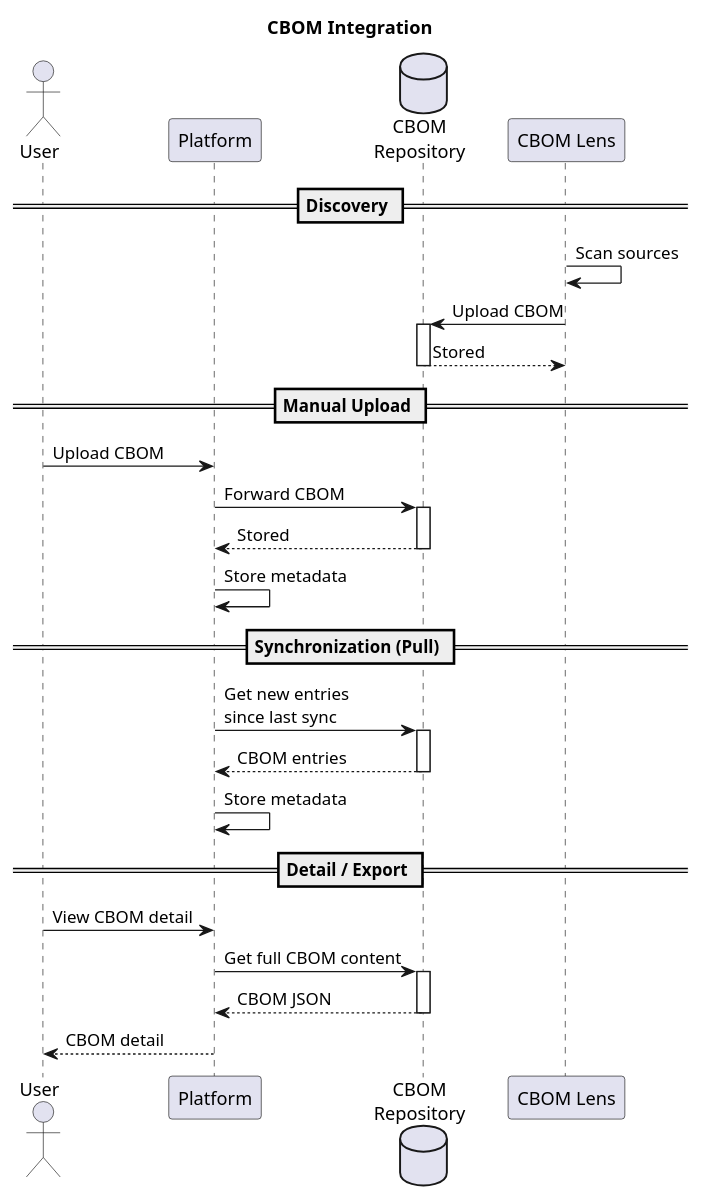
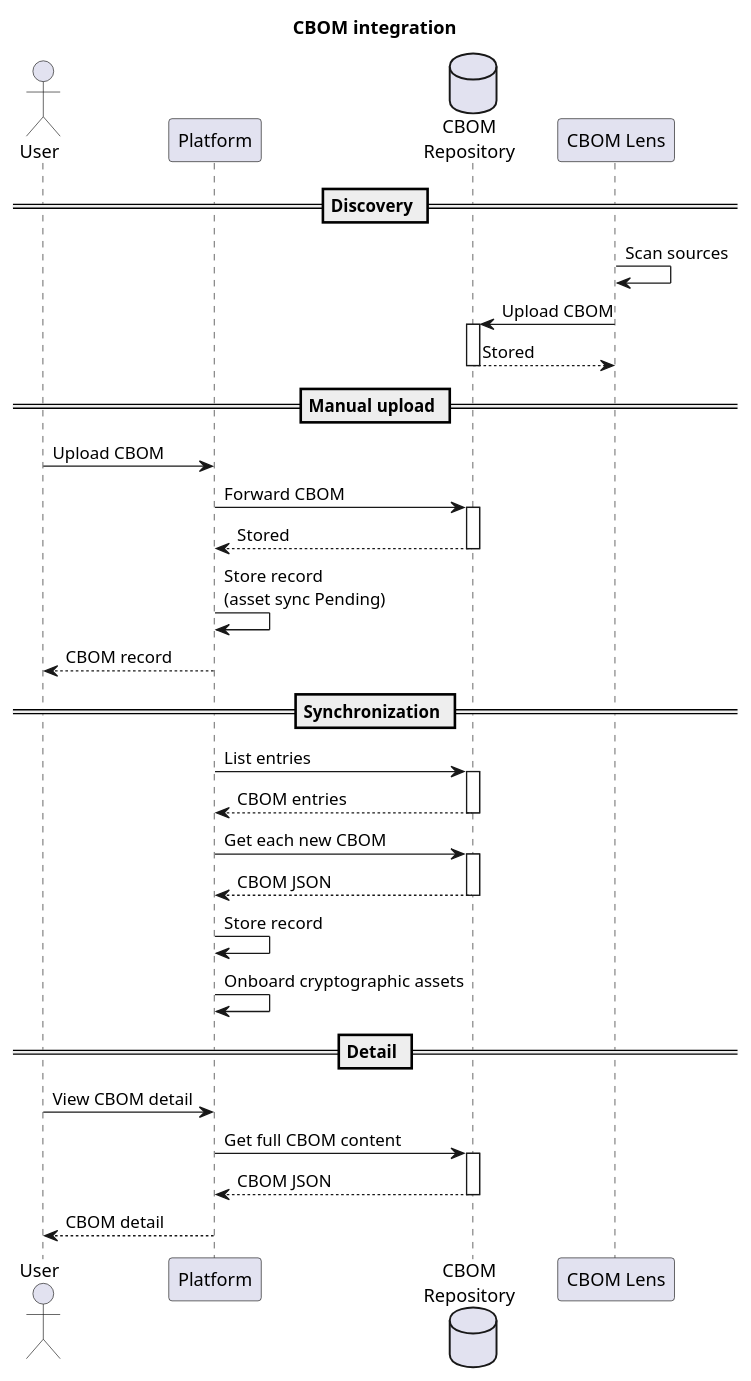
One commit to OmniTrustILM/documentation changed the first of 3 diagrams in docs/certificate-key/concept-design/core-components/cbom.md. Above: the diagram before and after it, drawn with PlantUML. The commit also changed other lines of this file, not shown here.

````diff
--- a/docs/certificate-key/concept-design/core-components/cbom.md
+++ b/docs/certificate-key/concept-design/core-components/cbom.md
@@ -72,46 +221,54 @@
 ```plantuml
 @startuml CBOM Integration
 
-title CBOM Integration
+title CBOM integration
+
+skinparam topurl /api/
 
 actor "User" as user
 participant "Platform" as core
 database "CBOM\nRepository" as repo
 participant "CBOM Lens" as lens
 
 == Discovery ==
 
 lens -> lens: Scan sources
 lens -> repo: Upload CBOM
 activate repo
 repo --> lens: Stored
 deactivate repo
 
-== Manual Upload ==
+== Manual upload ==
 
-user -> core: Upload CBOM
+user -> core [[core-cbom#tag/cbom-management/POST/v1/cboms/upload]]: Upload CBOM
 core -> repo: Forward CBOM
 activate repo
 repo --> core: Stored
 deactivate repo
-core -> core: Store metadata
+core -> core: Store record\n(asset sync Pending)
+core --> user: CBOM record
 
-== Synchronization (Pull) ==
+== Synchronization ==
 
-core -> repo: Get new entries\nsince last sync
+core -> repo: List entries
 activate repo
 repo --> core: CBOM entries
 deactivate repo
-core -> core: Store metadata
+core -> repo: Get each new CBOM
+activate repo
+repo --> core: CBOM JSON
+deactivate repo
+core -> core: Store record
+core -> core: Onboard cryptographic assets
 
-== Detail / Export ==
+== Detail ==
 
-user -> core: View CBOM detail
+user -> core [[core-cbom#tag/cbom-management/GET/v1/cboms/{uuid}]]: View CBOM detail
 core -> repo: Get full CBOM content
 activate repo
 repo --> core: CBOM JSON
 deactivate repo
 core --> user: CBOM detail
 
 @enduml
 ```
````
